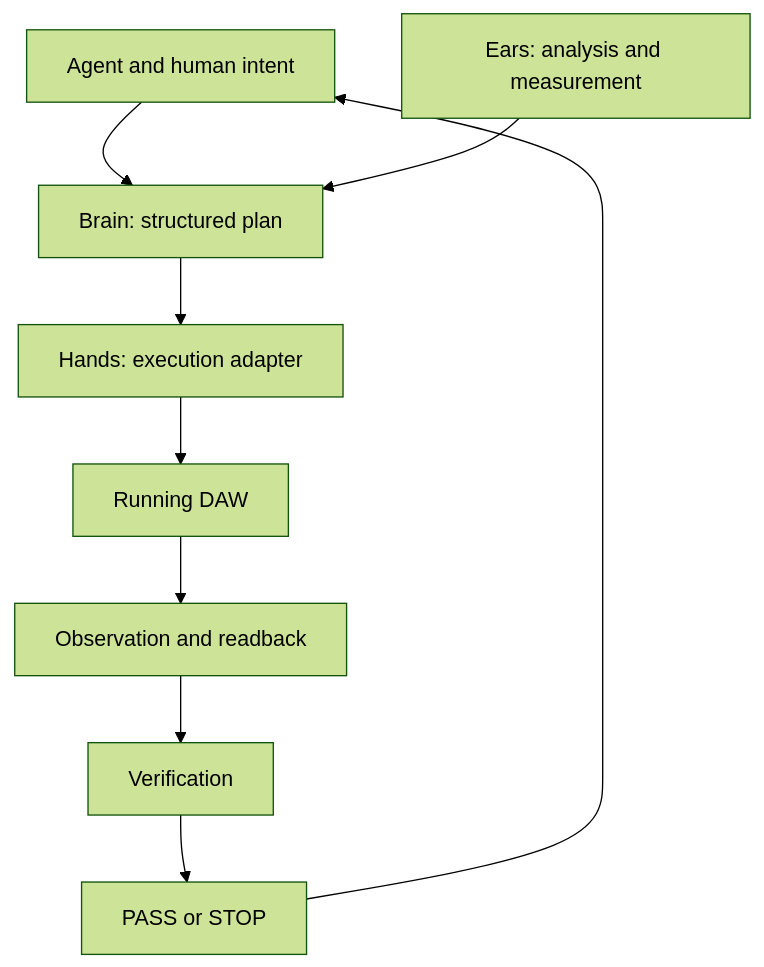
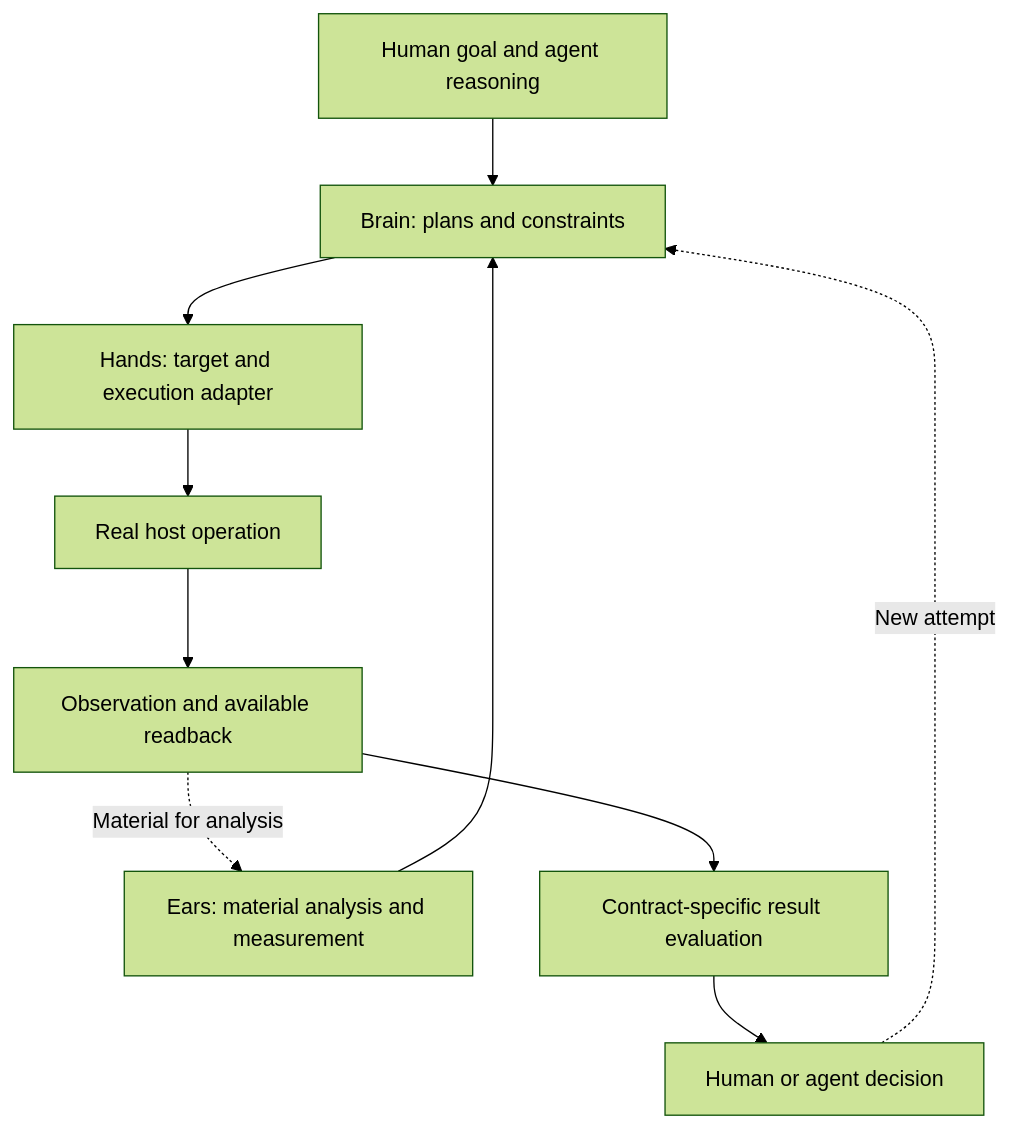
One commit to ryurikoneko/DAWLoop changed the first of 2 diagrams in docs/ARCHITECTURE.md. Above: the diagram before and after it, drawn with Mermaid (forest theme). The commit also changed other lines of this file and 26 other files, not shown here.

````diff
--- a/docs/ARCHITECTURE.md
+++ b/docs/ARCHITECTURE.md
@@ -15,11 +19,12 @@
 ```mermaid
 flowchart TD
-    A[Agent and human intent] --> B[Brain: structured plan]
-    E[Ears: analysis and measurement] --> B
-    B --> H[Hands: execution adapter]
-    H --> D[Running DAW]
-    D --> O[Observation and readback]
-    O --> V[Verification]
-    V --> R[PASS or STOP]
-    R --> A
+    U[Human goal and agent reasoning] --> B[Brain: plans and constraints]
+    E[Ears: material analysis and measurement] --> B
+    B --> H[Hands: target and execution adapter]
+    H --> F[Real host operation]
+    F --> O[Observation and available readback]
+    O --> V[Contract-specific result evaluation]
+    V --> D[Human or agent decision]
+    D -. New attempt .-> B
+    O -. Material for analysis .-> E
 ```
````
